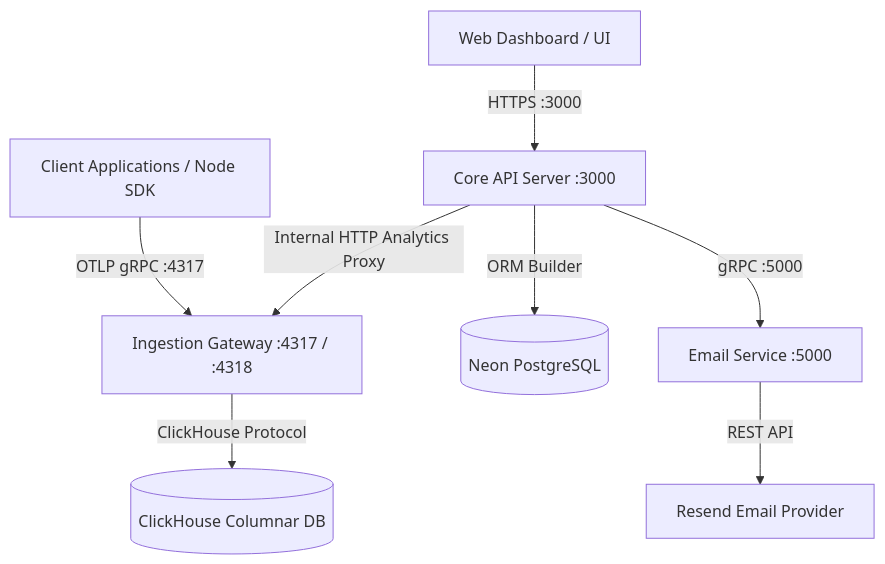
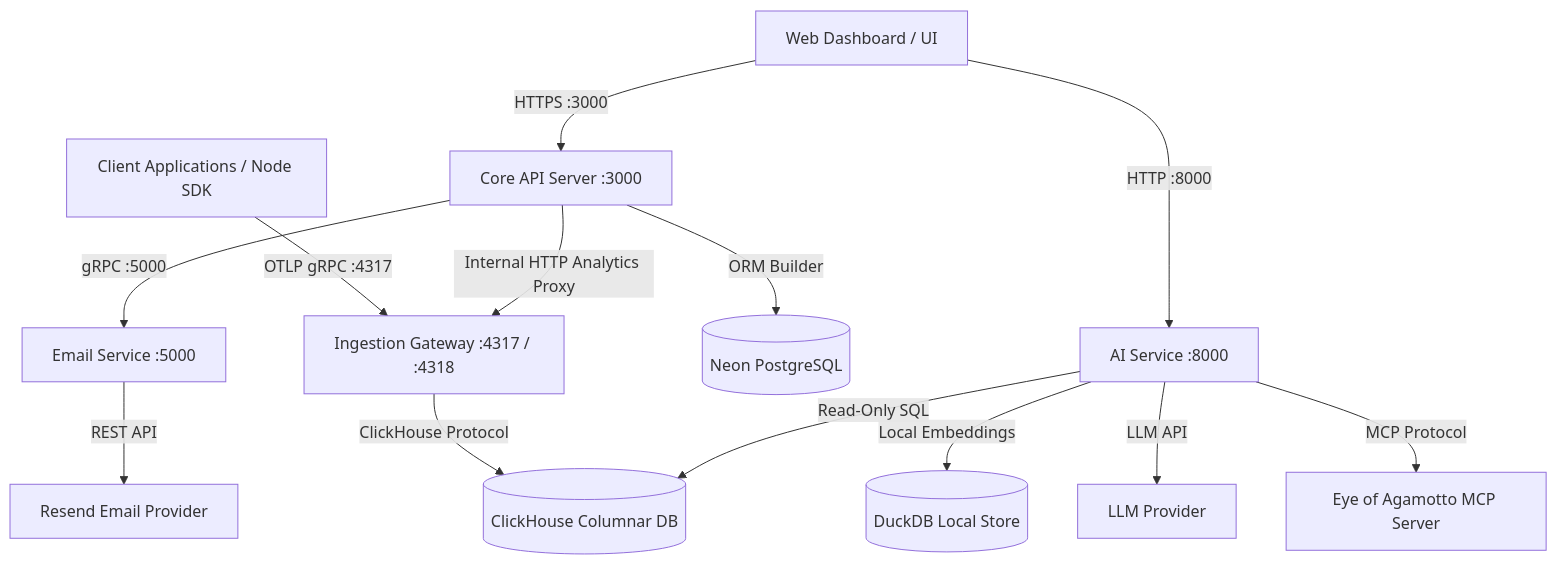
One commit to anmolsaxena20/Agamotto changed the diagram in README.md. Above: the diagram before and after it, drawn with Mermaid. The commit also changed other lines of this file, not shown here.

Commit message:
Update README: add complete AI Service documentation (Features 7, 8, 9, 19, 20)

````diff
--- a/README.md
+++ b/README.md
@@ -11,12 +11,18 @@
 ```mermaid
 flowchart TD
     ClientApps[Client Applications / Node SDK] -->|OTLP gRPC :4317| IngestGateway[Ingestion Gateway :4317 / :4318]
     IngestGateway -->|ClickHouse Protocol| ClickHouse[(ClickHouse Columnar DB)]
-    
+
     WebBrowser[Web Dashboard / UI] -->|HTTPS :3000| Server[Core API Server :3000]
     Server -->|gRPC :5000| EmailService[Email Service :5000]
     Server -->|ORM Builder| NeonDB[(Neon PostgreSQL)]
     Server -->|Internal HTTP Analytics Proxy| IngestGateway
-    
+
     EmailService -->|REST API| Resend[Resend Email Provider]
+
+    WebBrowser -->|HTTP :8000| AIService[AI Service :8000]
+    AIService -->|Read-Only SQL| ClickHouse
+    AIService -->|Local Embeddings| DuckDB[(DuckDB Local Store)]
+    AIService -->|LLM API| LLMProvider[LLM Provider]
+    AIService -->|MCP Protocol| MCPServer[Eye of Agamotto MCP Server]
 ```
````
